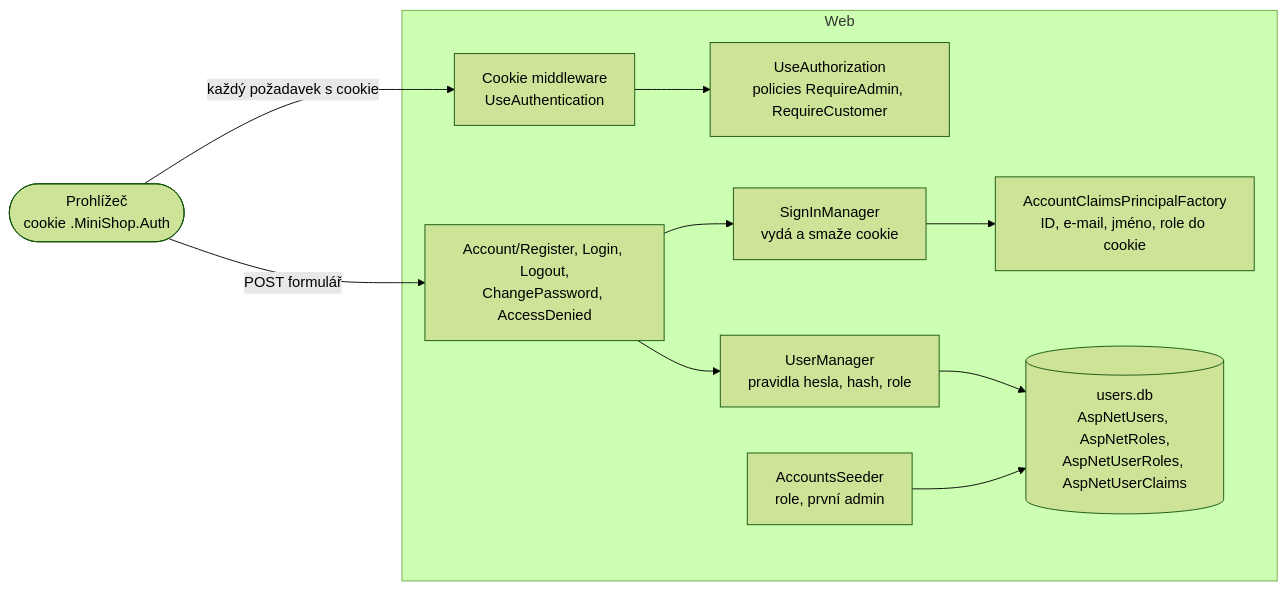
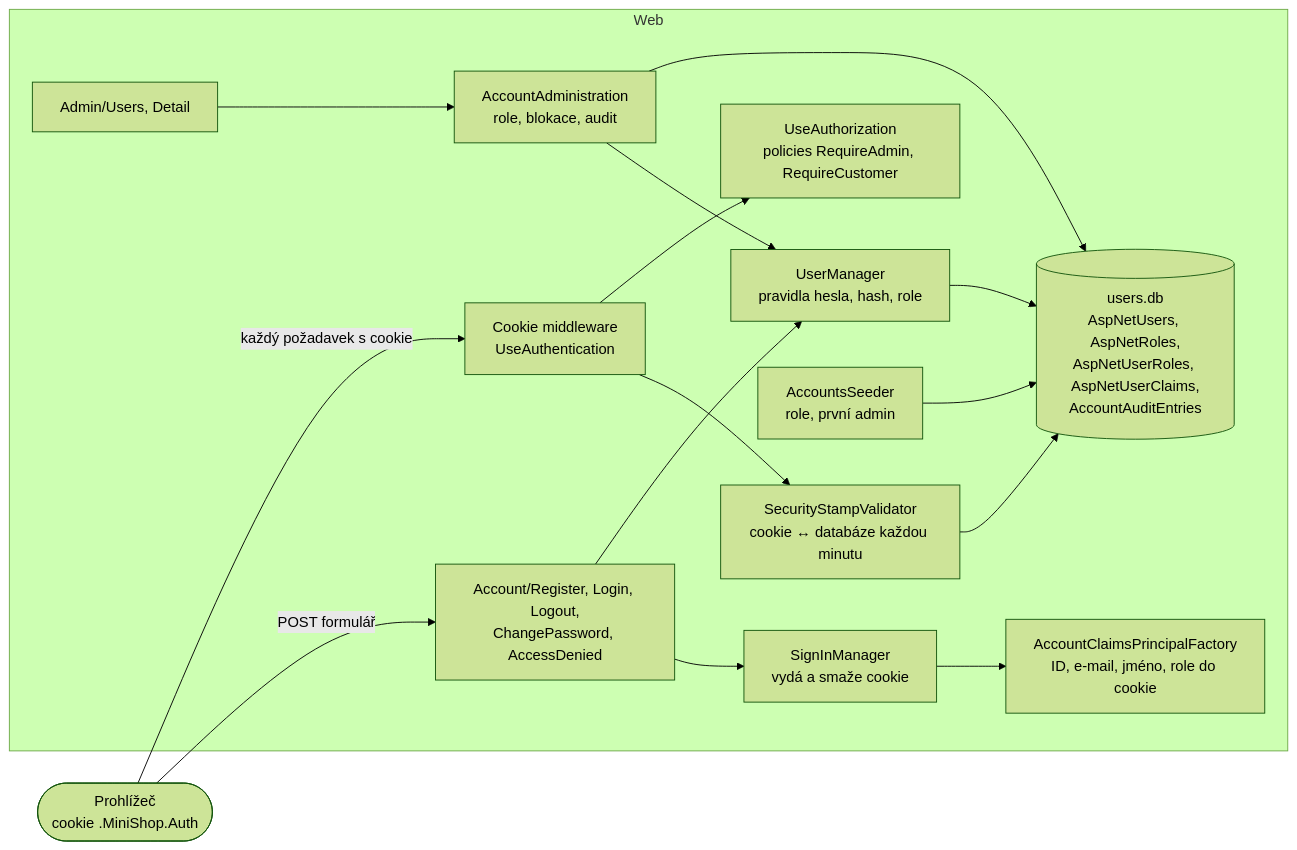
Before and after one commit to ftichy/MiniShop: the third of 4 diagrams in docs/prirucka/architektura/moduly/accounts.md, drawn with Mermaid (forest theme). The commit also changed other lines of this file and 39 other files, not shown here.

````diff
--- a/docs/prirucka/architektura/moduly/accounts.md
+++ b/docs/prirucka/architektura/moduly/accounts.md
@@ -77,24 +132,32 @@
 ```mermaid
 flowchart LR
     browser(["Prohlížeč<br/>cookie .MiniShop.Auth"])
 
     subgraph web["Web"]
         pages["Account/Register, Login, Logout,<br/>ChangePassword, AccessDenied"]
         cookie["Cookie middleware<br/>UseAuthentication"]
         authz["UseAuthorization<br/>policies RequireAdmin, RequireCustomer"]
         signin["SignInManager<br/>vydá a smaže cookie"]
         users["UserManager<br/>pravidla hesla, hash, role"]
         factory["AccountClaimsPrincipalFactory<br/>ID, e-mail, jméno, role do cookie"]
         seeder["AccountsSeeder<br/>role, první admin"]
-        db[("users.db<br/>AspNetUsers, AspNetRoles,<br/>AspNetUserRoles, AspNetUserClaims")]
+        adminPages["Admin/Users, Detail"]
+        administration["AccountAdministration<br/>role, blokace, audit"]
+        stamp["SecurityStampValidator<br/>cookie ↔ databáze každou minutu"]
+        db[("users.db<br/>AspNetUsers, AspNetRoles,<br/>AspNetUserRoles, AspNetUserClaims,<br/>AccountAuditEntries")]
     end
 
     browser -->|"POST formulář"| pages
     pages --> signin
     pages --> users
     signin --> factory
     users --> db
     seeder --> db
+    adminPages --> administration
+    administration --> users
+    administration --> db
+    cookie --> stamp
+    stamp --> db
     browser -->|"každý požadavek s cookie"| cookie
     cookie --> authz
 ```
````
